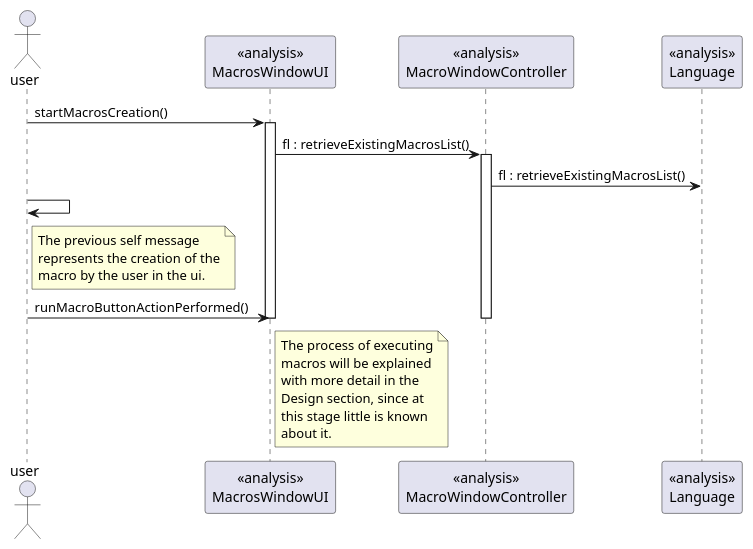
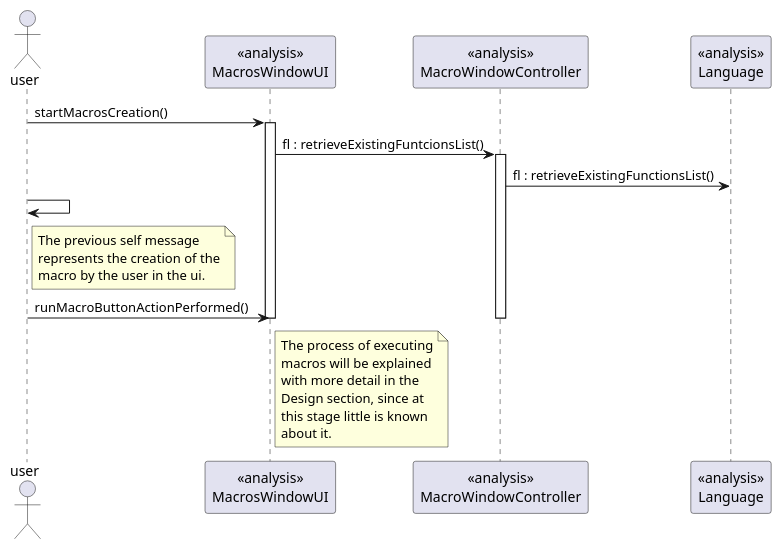
One commit to 1130348/Confusao changed the diagram in src/csheets/userstories/macros06_01/macros_window/i130385/macros_window_analysis_diagram.puml. Above: the diagram before and after it, drawn with PlantUML. The commit also changed 1 other file, not shown here.

Commit message:
CSDH-218 #time 1h #resolve Analysis concluded.

```diff
--- a/src/csheets/userstories/macros06_01/macros_window/i130385/macros_window_analysis_diagram.puml
+++ b/src/csheets/userstories/macros06_01/macros_window/i130385/macros_window_analysis_diagram.puml
@@ -1,28 +1,28 @@
-@startuml doc-files/find_workbooks_analysis_diagram.png
+@startuml doc-files/macros_window_analysis_diagram.png
 actor user 
 participant "<<analysis>>\nMacrosWindowUI" as ui
 participant "<<analysis>>\nMacroWindowController" as controller
 participant "<<analysis>>\nLanguage" as language
 user  -> ui : startMacrosCreation()
 activate ui
-ui -> controller : fl : retrieveExistingMacrosList()
+ui -> controller : fl : retrieveExistingFuntcionsList()
 activate controller
-controller -> language : fl : retrieveExistingMacrosList()
+controller -> language : fl : retrieveExistingFunctionsList()
 user -> user 
 note right of user
 The previous self message
 represents the creation of the
 macro by the user in the ui.
 end note
 user -> ui : runMacroButtonActionPerformed()
 note right of ui
 The process of executing
 macros will be explained
 with more detail in the
 Design section, since at
 this stage little is known
 about it.
 end note
 deactivate controller
 deactivate ui
 @enduml
```
